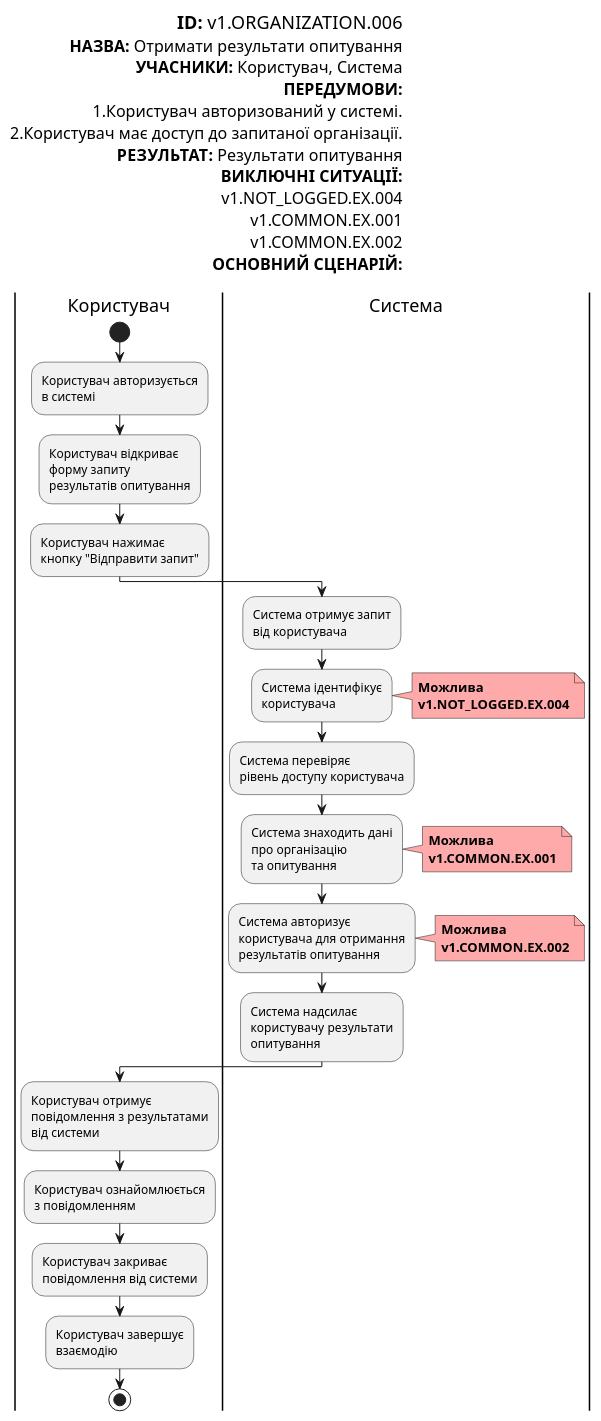
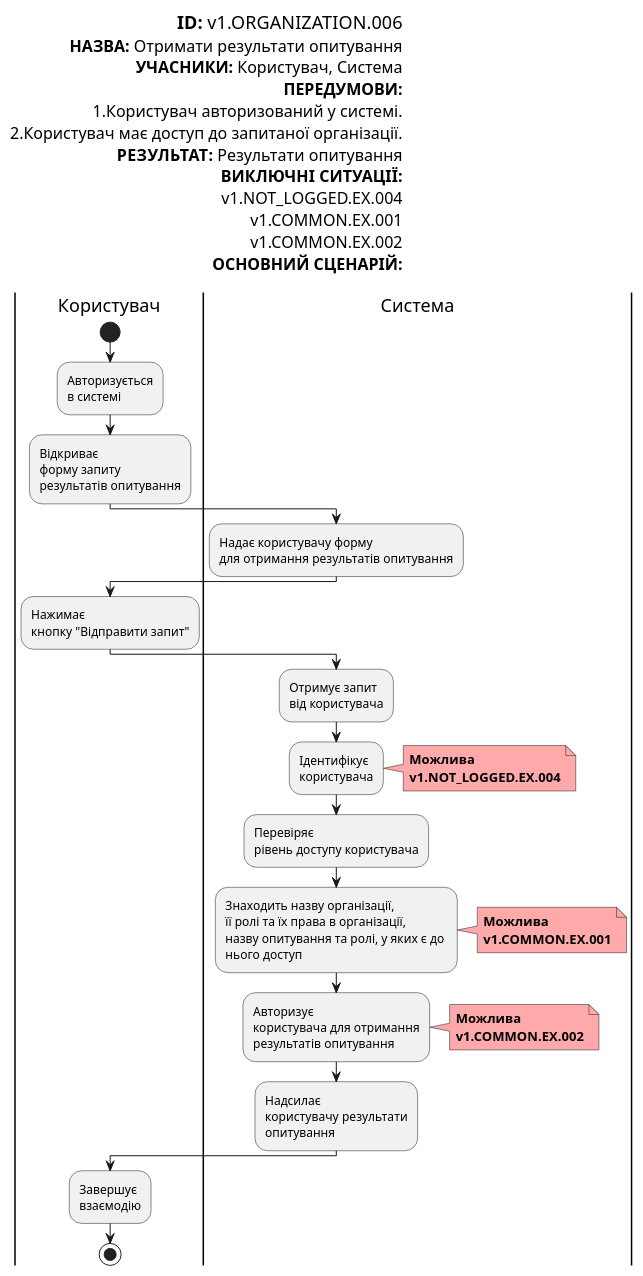
Before and after one commit to danilbezus/survey-expert: diagram 15 of 22 in docs/use cases/README.md, drawn with PlantUML. The commit also changed other lines of this file, not shown here.

```diff
--- a/docs/use cases/README.md
+++ b/docs/use cases/README.md
@@ -683,81 +777,77 @@
   @startuml
 
-  left header
-  <font color=000 size=18><b>ID:</b> v1.ORGANIZATION.006
-  <font color=000 size=16><b>НАЗВА:</b> Отримати результати опитування
-  <font color=000 size=16><b>УЧАСНИКИ:</b> Користувач, Система
-  <font color=000 size=16><b>ПЕРЕДУМОВИ:</b>
-  <font color=000 size=16>1.Користувач авторизований у системі.
-  <font color=000 size=16>2.Користувач має доступ до запитаної організації.
-  <font color=000 size=16><b>РЕЗУЛЬТАТ:</b> Результати опитування
-  <font color=000 size=16><b>ВИКЛЮЧНІ СИТУАЦІЇ:</b>
-  <font color=000 size=16>v1.NOT_LOGGED.EX.004
-  <font color=000 size=16>v1.COMMON.EX.001
-  <font color=000 size=16>v1.COMMON.EX.002
-  <font color=000 size=16><b>ОСНОВНИЙ СЦЕНАРІЙ:</b>
+      left header
+        <font color=000 size=18><b>ID:</b> v1.ORGANIZATION.006
+        <font color=000 size=16><b>НАЗВА:</b> Отримати результати опитування
+        <font color=000 size=16><b>УЧАСНИКИ:</b> Користувач, Система
+        <font color=000 size=16><b>ПЕРЕДУМОВИ:</b>
+        <font color=000 size=16>1.Користувач авторизований у системі.
+        <font color=000 size=16>2.Користувач має доступ до запитаної організації.
+        <font color=000 size=16><b>РЕЗУЛЬТАТ:</b> Результати опитування
+        <font color=000 size=16><b>ВИКЛЮЧНІ СИТУАЦІЇ:</b>
+        <font color=000 size=16>v1.NOT_LOGGED.EX.004
+        <font color=000 size=16>v1.COMMON.EX.001
+        <font color=000 size=16>v1.COMMON.EX.002
+        <font color=000 size=16><b>ОСНОВНИЙ СЦЕНАРІЙ:</b>
 
-  end header
+      end header
 
-  |Користувач|
-  start
-  :Користувач авторизується
-  в системі;
+      |Користувач|
+          start
+          :Авторизується
+          в системі;
+    
+          :Відкриває
+          форму запиту
+          результатів опитування;
+            
+      |Система|
+          :Надає користувачу форму
+          для отримання результатів опитування;
+            
+      |Користувач|      
+          :Нажимає
+          кнопку "Відправити запит";
 
-        :Користувач відкриває
-        форму запиту
-        результатів опитування;
+      |Система|
+          :Отримує запит
+          від користувача;
 
-        :Користувач нажимає
-        кнопку "Відправити запит";
+          :Ідентифікує
+          користувача;
+          note right #ffaaaa
+          <b>Можлива</b>
+          <b>v1.NOT_LOGGED.EX.004</b>
+          end note
 
-  |Система|
-  :Система отримує запит
-  від користувача;
+          :Перевіряє
+          рівень доступу користувача;
 
-        :Система ідентифікує
-        користувача;
-        note right #ffaaaa
-        <b>Можлива</b>
-        <b>v1.NOT_LOGGED.EX.004</b>
-        end note
+          :Знаходить назву організації,
+          її ролі та їх права в організації,
+          назву опитування та ролі, у яких є до 
+          нього доступ;
+          note right #ffaaaa
+          <b>Можлива</b>
+          <b>v1.COMMON.EX.001</b>
+          end note
 
-        :Система перевіряє
-        рівень доступу користувача;
+          :Авторизує
+          користувача для отримання
+          результатів опитування;
+          note right #ffaaaa
+          <b>Можлива</b>
+          <b>v1.COMMON.EX.002</b>
+          end note
 
-        :Система знаходить дані
-        про організацію
-        та опитування;
-        note right #ffaaaa
-        <b>Можлива</b>
-        <b>v1.COMMON.EX.001</b>
-        end note
+          :Надсилає
+          користувачу результати
+          опитування;
 
-        :Система авторизує
-        користувача для отримання
-        результатів опитування;
-        note right #ffaaaa
-        <b>Можлива</b>
-        <b>v1.COMMON.EX.002</b>
-        end note
+      |Користувач|           
+          :Завершує
+          взаємодію;
 
-        :Система надсилає
-        користувачу результати
-        опитування;
-
-  |Користувач|
-  :Користувач отримує
-  повідомлення з результатами
-  від системи;
-
-        :Користувач ознайомлюється
-        з повідомленням;
-
-        :Користувач закриває
-        повідомлення від системи;
-
-        :Користувач завершує
-        взаємодію;
-
-  stop;
+          stop;
 
   @enduml
```
